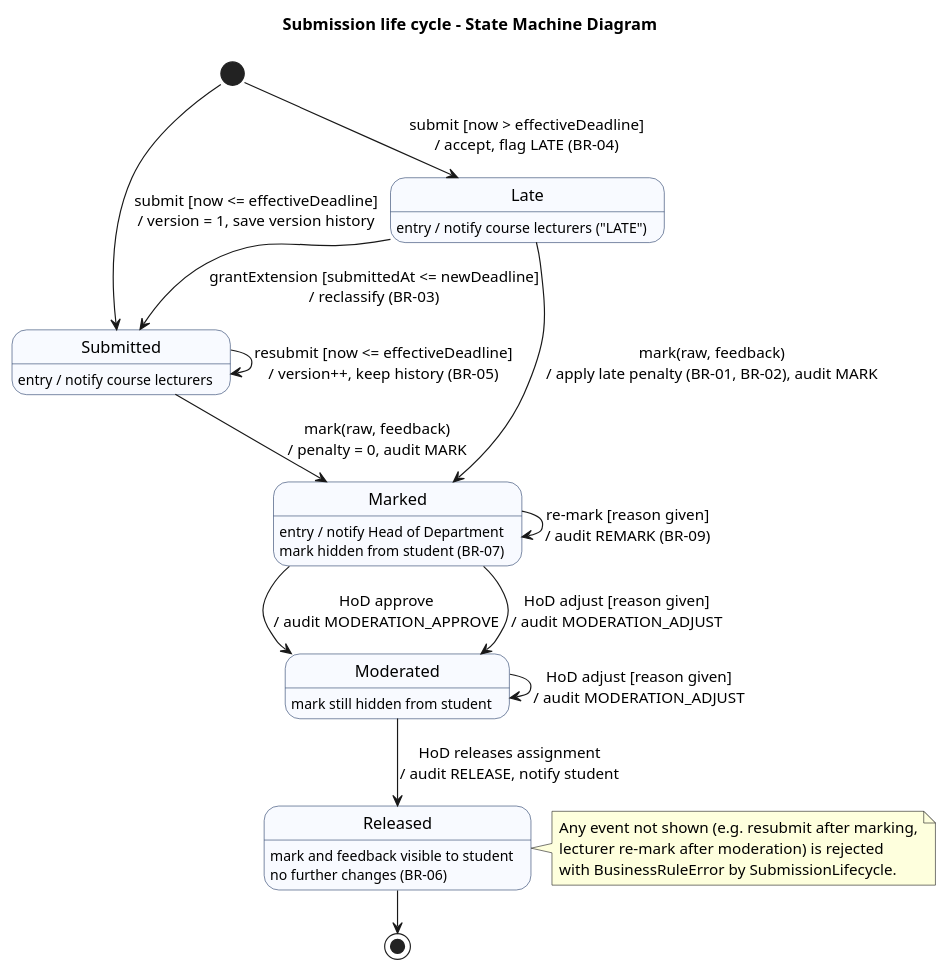
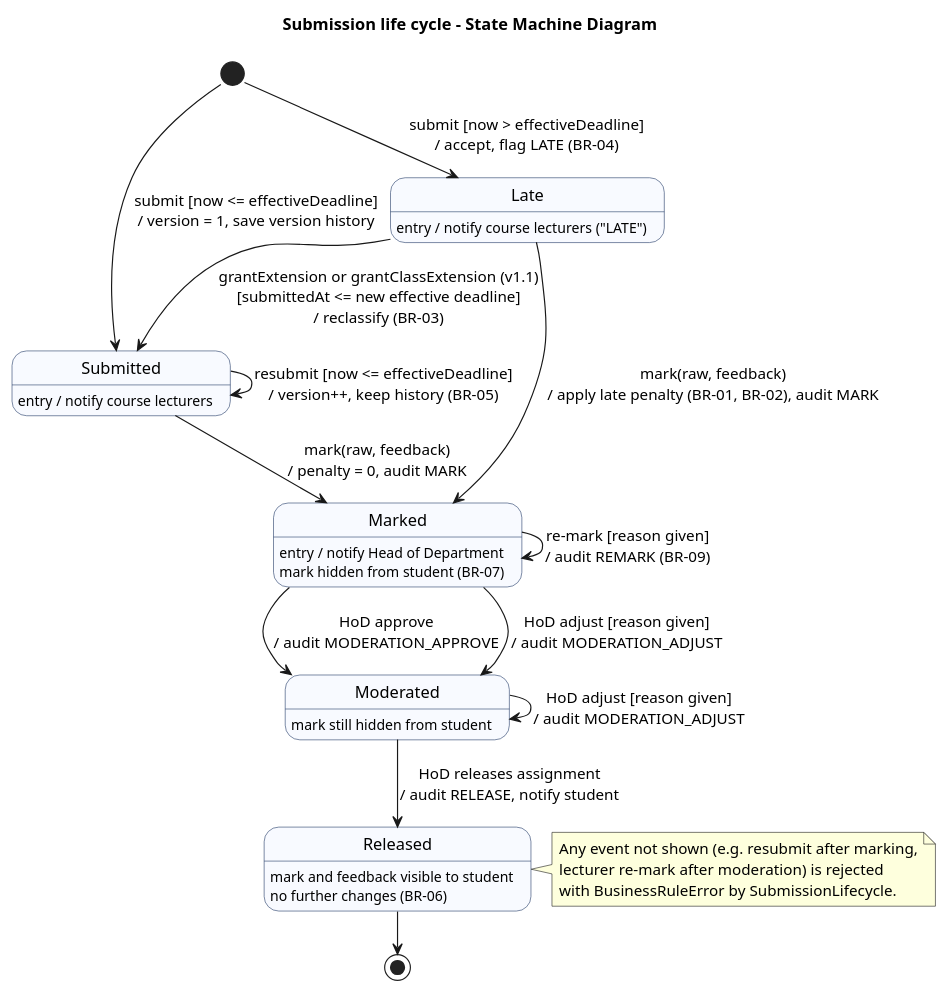
Before and after one commit to victormonyekem02-sudo/Edu-Management-System: the diagram in docs/diagrams/state-submission.puml, drawn with PlantUML. The commit also changed 48 other files, not shown here.

```diff
--- a/docs/diagrams/state-submission.puml
+++ b/docs/diagrams/state-submission.puml
@@ -1,37 +1,37 @@
 @startuml state-submission
 !pragma layout smetana
 title Submission life cycle - State Machine Diagram
 skinparam state {
   BackgroundColor #F8FAFF
   BorderColor #1F3864
 }
 
 [*] --> Submitted : submit [now <= effectiveDeadline]\n/ version = 1, save version history
 [*] --> Late : submit [now > effectiveDeadline]\n/ accept, flag LATE (BR-04)
 
 Submitted --> Submitted : resubmit [now <= effectiveDeadline]\n/ version++, keep history (BR-05)
-Late --> Submitted : grantExtension [submittedAt <= newDeadline]\n/ reclassify (BR-03)
+Late --> Submitted : grantExtension or grantClassExtension (v1.1)\n[submittedAt <= new effective deadline]\n/ reclassify (BR-03)
 
 Submitted --> Marked : mark(raw, feedback)\n/ penalty = 0, audit MARK
 Late --> Marked : mark(raw, feedback)\n/ apply late penalty (BR-01, BR-02), audit MARK
 
 Marked --> Marked : re-mark [reason given]\n/ audit REMARK (BR-09)
 Marked --> Moderated : HoD approve\n/ audit MODERATION_APPROVE
 Marked --> Moderated : HoD adjust [reason given]\n/ audit MODERATION_ADJUST
 Moderated --> Moderated : HoD adjust [reason given]\n/ audit MODERATION_ADJUST
 Moderated --> Released : HoD releases assignment\n/ audit RELEASE, notify student
 
 Released --> [*]
 
 state Submitted : entry / notify course lecturers
 state Late : entry / notify course lecturers ("LATE")
 state Marked : entry / notify Head of Department\nmark hidden from student (BR-07)
 state Moderated : mark still hidden from student
 state Released : mark and feedback visible to student\nno further changes (BR-06)
 
 note right of Released
   Any event not shown (e.g. resubmit after marking,
   lecturer re-mark after moderation) is rejected
   with BusinessRuleError by SubmissionLifecycle.
 end note
 @enduml
```
